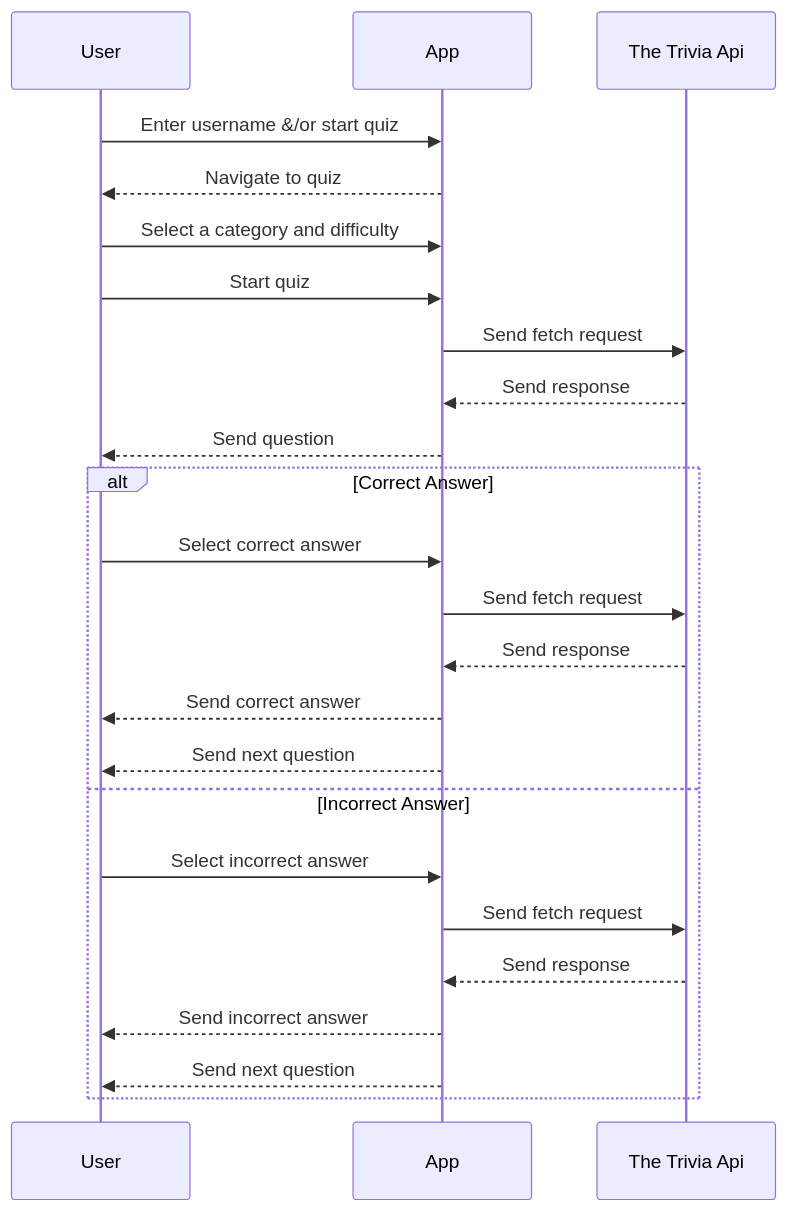
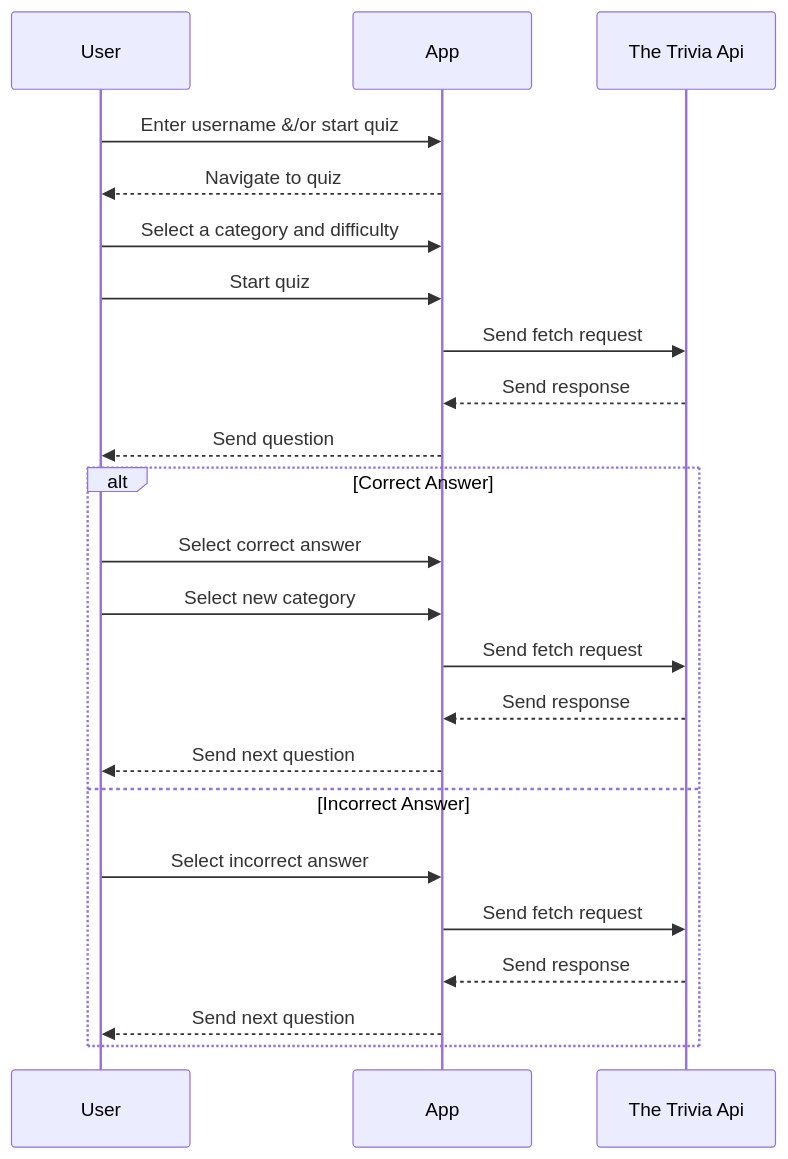
Before and after one commit to TheFullStackFred/fredrikstromberg-testing_typescipt-quiz_app: the diagram in src/sequenceDiagram.md, drawn with Mermaid.

Commit message:
started on uml diagram

````diff
--- a/src/sequenceDiagram.md
+++ b/src/sequenceDiagram.md
@@ -3,28 +3,28 @@
 ```mermaid
 sequenceDiagram
     participant  U as User
     participant A as App
     participant T as The Trivia Api
 
     U->>A: Enter username &/or start quiz
     A-->>U: Navigate to quiz
     U->>A: Select a category and difficulty
     U->>A: Start quiz
     A->>T: Send fetch request
     T-->>A: Send response
     A-->>U: Send question
 
     alt Correct Answer
         U->>A: Select correct answer
+        U->>A: Select new category
         A->>T: Send fetch request
         T-->>A: Send response
-        A-->>U: Send correct answer
         A-->>U: Send next question
+
     else Incorrect Answer
         U->>A: Select incorrect answer
         A->>T: Send fetch request
         T-->>A: Send response
-        A-->>U: Send incorrect answer
         A-->>U: Send next question
     end
 ```
````
